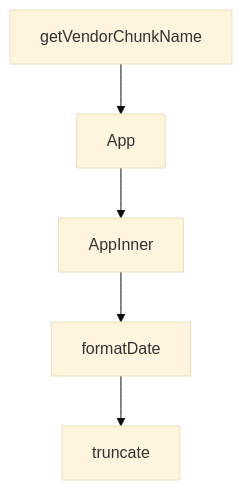
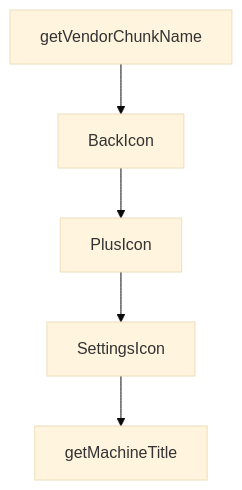
Before and after one commit to johnxie/awesome-code-docs: the diagram in tutorials/hapi-tutorial/01-getting-started.md, drawn with Mermaid (base theme). The commit also changed other lines of this file and 1232 other files, not shown here.

````diff
--- a/tutorials/hapi-tutorial/01-getting-started.md
+++ b/tutorials/hapi-tutorial/01-getting-started.md
@@ -274,12 +257,12 @@
 ```mermaid
 flowchart TD
     A[getVendorChunkName]
-    B[App]
-    C[AppInner]
-    D[formatDate]
-    E[truncate]
+    B[BackIcon]
+    C[PlusIcon]
+    D[SettingsIcon]
+    E[getMachineTitle]
     A --> B
     B --> C
     C --> D
     D --> E
 ```
````
